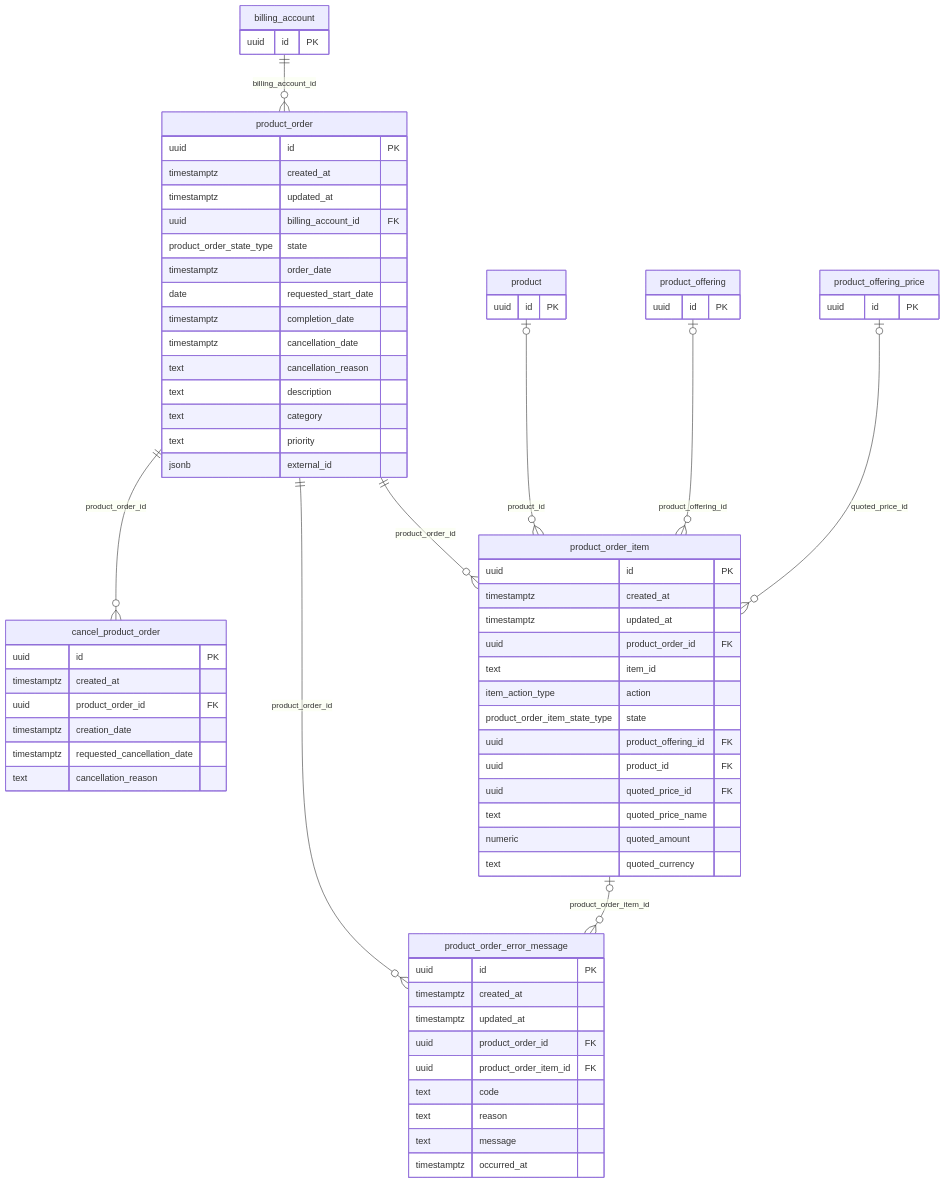
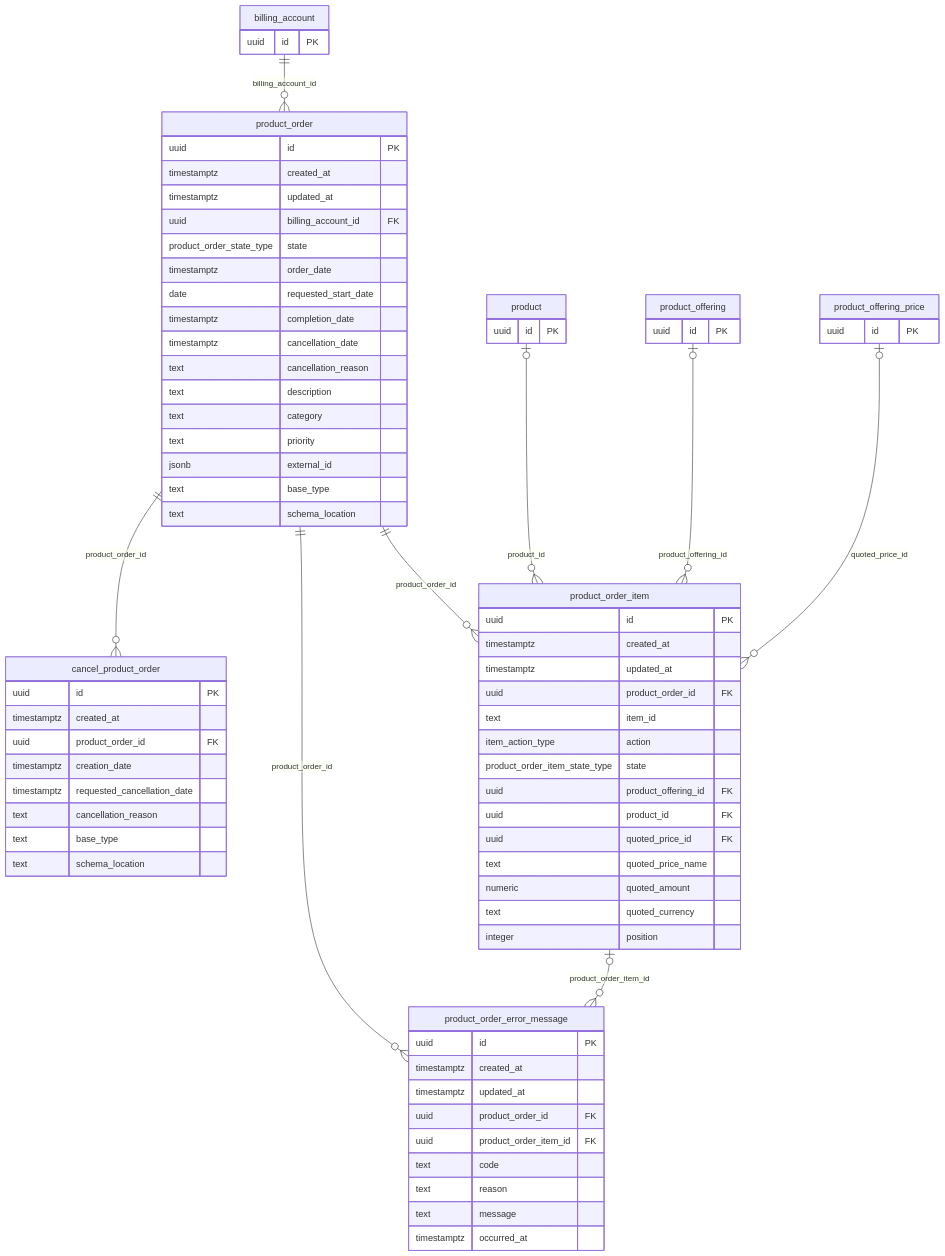
Before and after one commit to altharmz/bss: the fourth of 8 diagrams in docs/db/README.md, drawn with Mermaid. The commit also changed other lines of this file and 68 other files, not shown here.

````diff
--- a/docs/db/README.md
+++ b/docs/db/README.md
@@ -333,73 +353,78 @@
 ```mermaid
 erDiagram
   product_order {
     uuid id PK
     timestamptz created_at
     timestamptz updated_at
     uuid billing_account_id FK
     product_order_state_type state
     timestamptz order_date
     date requested_start_date
     timestamptz completion_date
     timestamptz cancellation_date
     text cancellation_reason
     text description
     text category
     text priority
     jsonb external_id
+    text base_type
+    text schema_location
   }
   product_order_item {
     uuid id PK
     timestamptz created_at
     timestamptz updated_at
     uuid product_order_id FK
     text item_id
     item_action_type action
     product_order_item_state_type state
     uuid product_offering_id FK
     uuid product_id FK
     uuid quoted_price_id FK
     text quoted_price_name
     numeric quoted_amount
     text quoted_currency
+    integer position
   }
   product_order_error_message {
     uuid id PK
     timestamptz created_at
     timestamptz updated_at
     uuid product_order_id FK
     uuid product_order_item_id FK
     text code
     text reason
     text message
     timestamptz occurred_at
   }
   cancel_product_order {
     uuid id PK
     timestamptz created_at
     uuid product_order_id FK
     timestamptz creation_date
     timestamptz requested_cancellation_date
     text cancellation_reason
+    text base_type
+    text schema_location
   }
   billing_account {
     uuid id PK
   }
   product {
     uuid id PK
   }
   product_offering {
     uuid id PK
   }
   product_offering_price {
     uuid id PK
   }
   billing_account ||--o{ product_order : "billing_account_id"
   product |o--o{ product_order_item : "product_id"
   product_offering |o--o{ product_order_item : "product_offering_id"
   product_offering_price |o--o{ product_order_item : "quoted_price_id"
   product_order ||--o{ cancel_product_order : "product_order_id"
   product_order ||--o{ product_order_error_message : "product_order_id"
   product_order ||--o{ product_order_item : "product_order_id"
   product_order_item |o--o{ product_order_error_message : "product_order_item_id"
 ```
````
